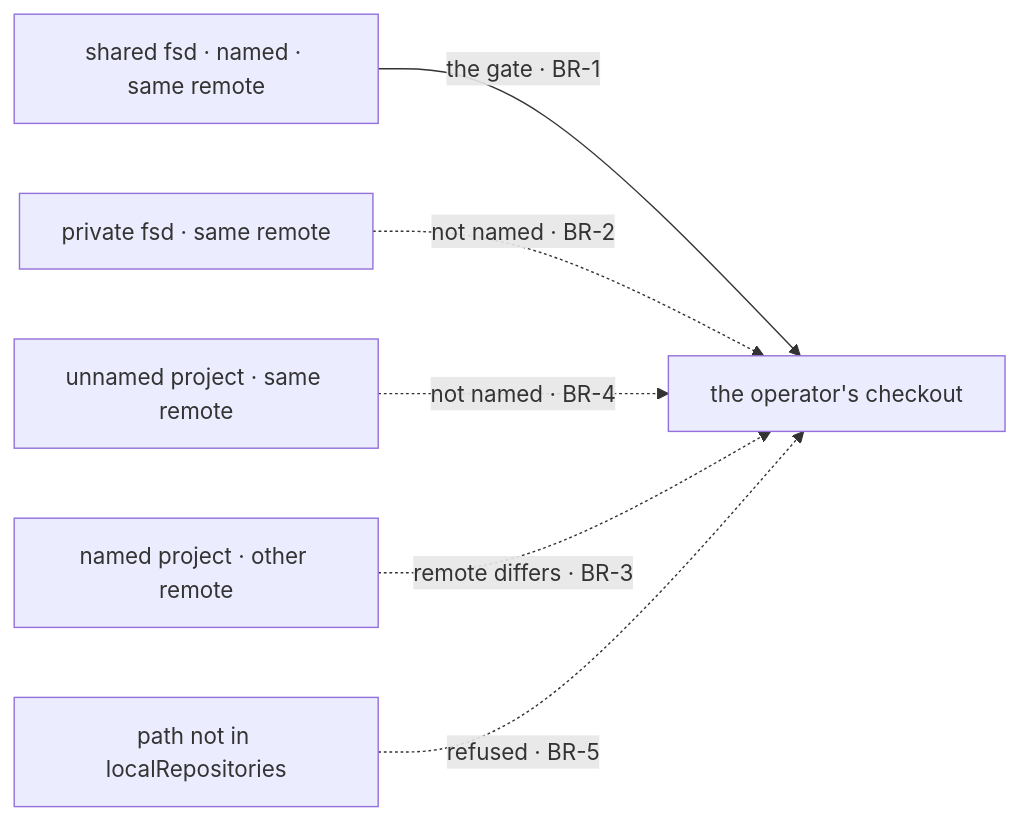
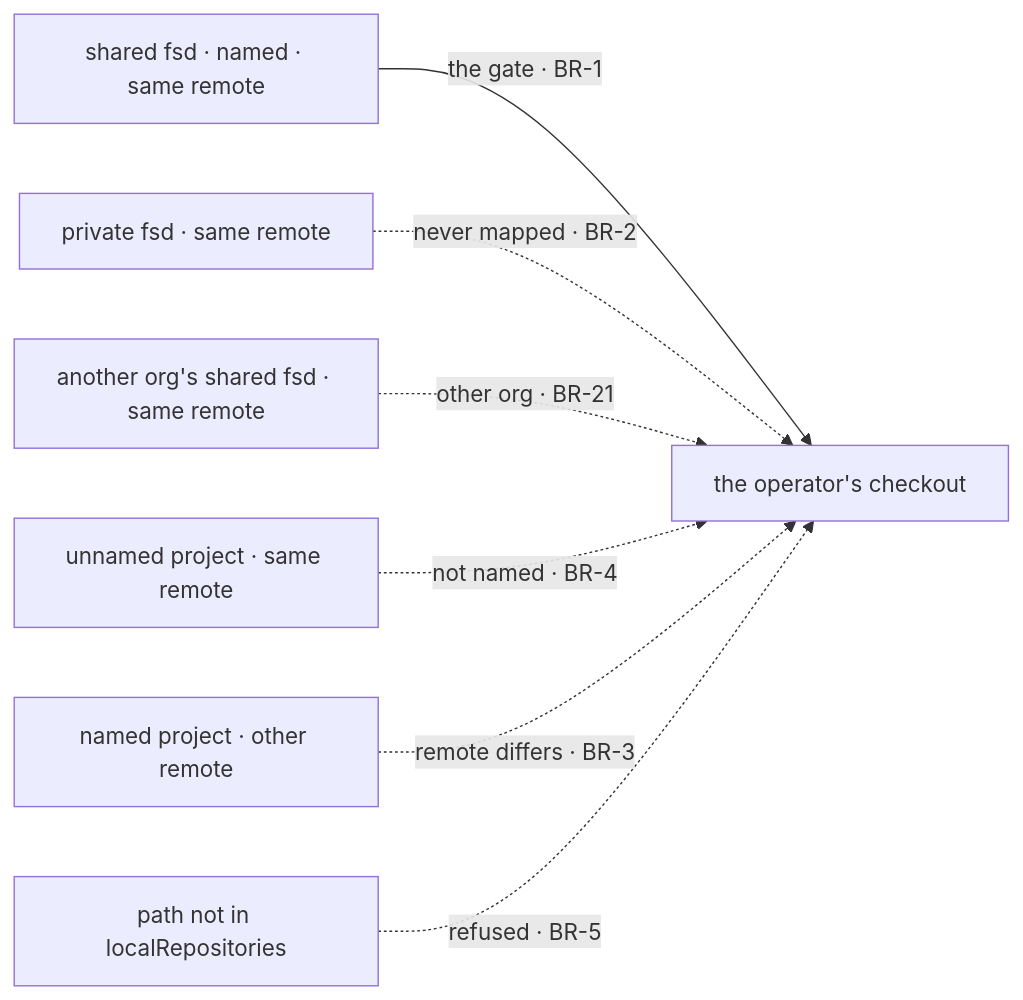
Before and after one commit to fixpoint-labs/flow-state-dev: the diagram in specs/issues/FIX-1906/BUSINESS-RULES.md, drawn with Mermaid. The commit also changed other lines of this file and 9 other files, not shown here.

````diff
--- a/specs/issues/FIX-1906/BUSINESS-RULES.md
+++ b/specs/issues/FIX-1906/BUSINESS-RULES.md
@@ -47,8 +48,9 @@
 ```mermaid
 flowchart LR
   A["shared fsd · named · same remote"] -->|"the gate · BR-1"| K["the operator's checkout"]
-  B["private fsd · same remote"] -.->|"not named · BR-2"| K
+  B["private fsd · same remote"] -.->|"never mapped · BR-2"| K
+  O["another org's shared fsd · same remote"] -.->|"other org · BR-21"| K
   C["unnamed project · same remote"] -.->|"not named · BR-4"| K
   D["named project · other remote"] -.->|"remote differs · BR-3"| K
   E["path not in localRepositories"] -.->|"refused · BR-5"| K
 ```
````
